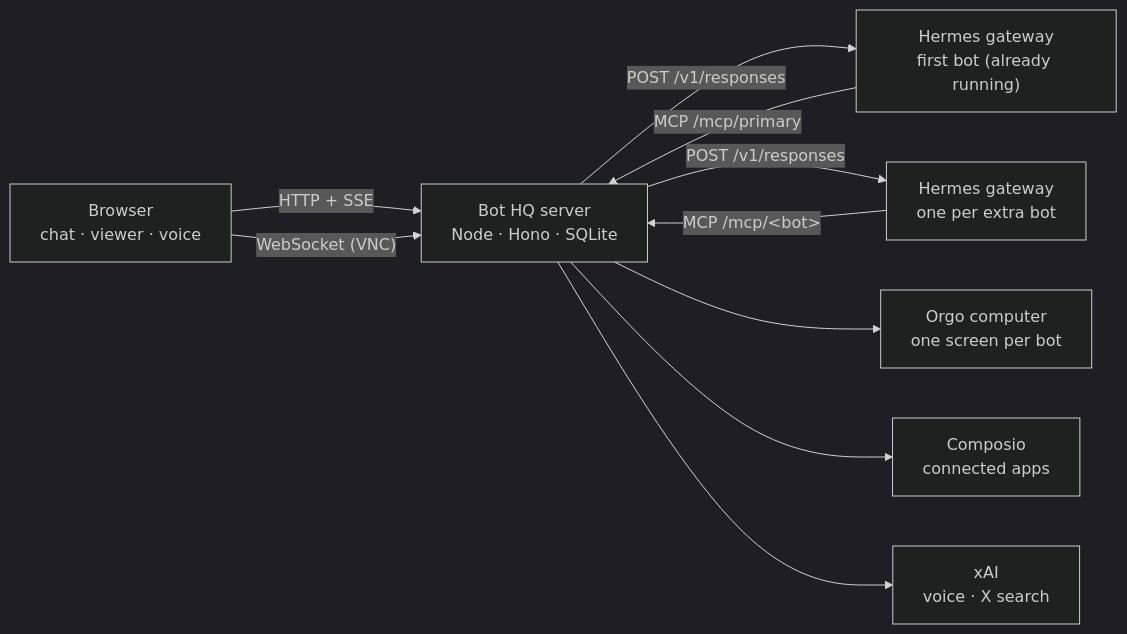
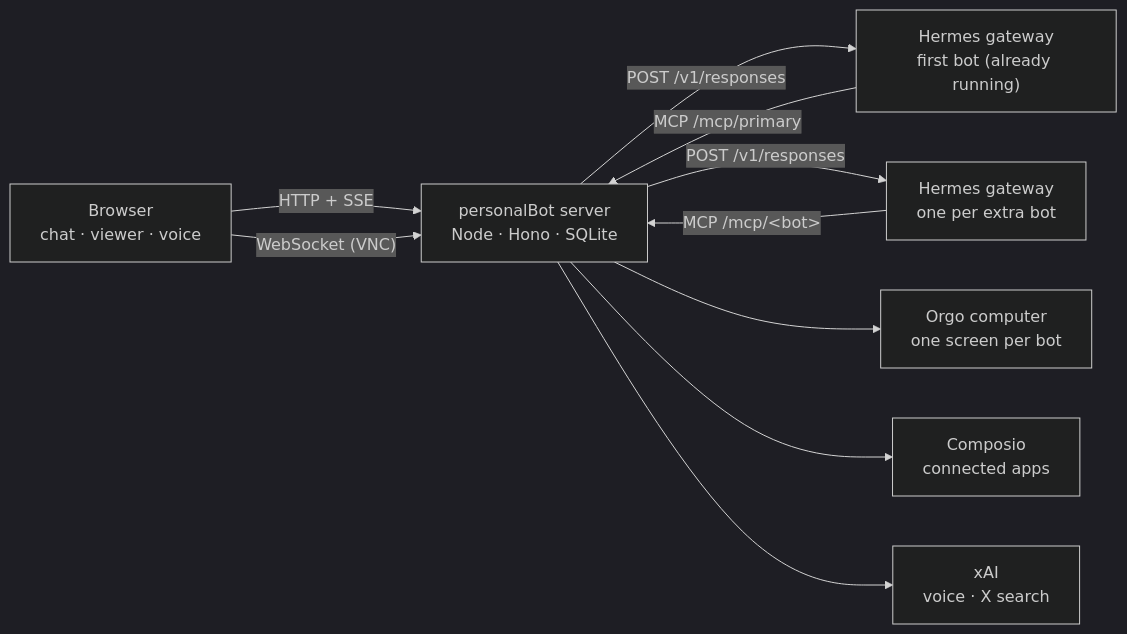
The diagram in README.md (horelvis/personal-bots), drawn with Mermaid (dark theme) before and after one commit. The commit also changed other lines of this file and 9 other files, not shown here.

First line of the commit message:
chore: rename the project to personalBot and credit the Bot HQ parent

````diff
--- a/README.md
+++ b/README.md
@@ -66,12 +68,12 @@
 ```mermaid
 flowchart LR
-  B["Browser<br/>chat · viewer · voice"] -- "HTTP + SSE" --> S["Bot HQ server<br/>Node · Hono · SQLite"]
+  B["Browser<br/>chat · viewer · voice"] -- "HTTP + SSE" --> S["personalBot server<br/>Node · Hono · SQLite"]
   B -- "WebSocket (VNC)" --> S
   S -- "POST /v1/responses" --> H1["Hermes gateway<br/>first bot (already running)"]
   S -- "POST /v1/responses" --> H2["Hermes gateway<br/>one per extra bot"]
   H1 -- "MCP /mcp/primary" --> S
   H2 -- "MCP /mcp/&lt;bot&gt;" --> S
   S --> O["Orgo computer<br/>one screen per bot"]
   S --> C["Composio<br/>connected apps"]
   S --> X["xAI<br/>voice · X search"]
 ```
````
